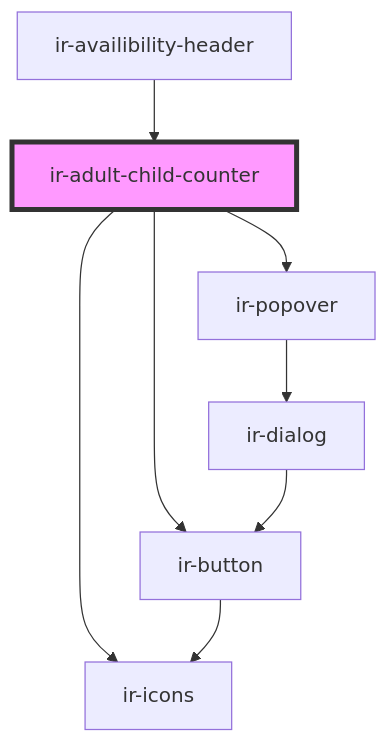
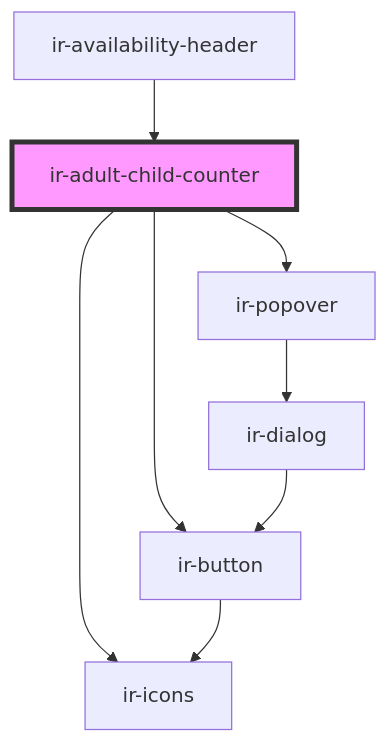
The diagram in src/components/ir-booking-engine/ir-booking-page/ir-adult-child-counter/readme.md (RonyRizk/ir-be), drawn with Mermaid before and after one commit. The commit also changed other lines of this file and 57 other files, not shown here.

````diff
--- a/src/components/ir-booking-engine/ir-booking-page/ir-adult-child-counter/readme.md
+++ b/src/components/ir-booking-engine/ir-booking-page/ir-adult-child-counter/readme.md
@@ -41,11 +41,11 @@
 ```mermaid
 graph TD;
   ir-adult-child-counter --> ir-icons
   ir-adult-child-counter --> ir-popover
   ir-adult-child-counter --> ir-button
   ir-popover --> ir-dialog
   ir-dialog --> ir-button
   ir-button --> ir-icons
-  ir-availibility-header --> ir-adult-child-counter
+  ir-availability-header --> ir-adult-child-counter
   style ir-adult-child-counter fill:#f9f,stroke:#333,stroke-width:4px
 ```
````
